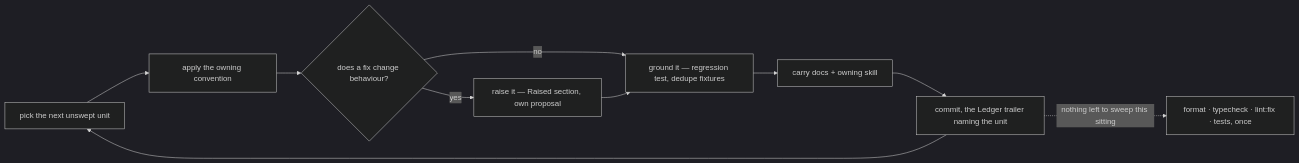
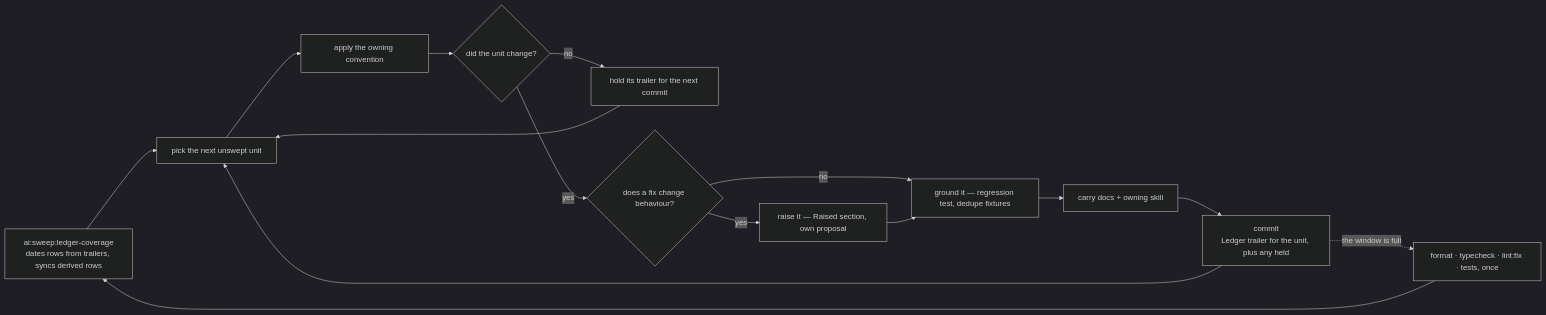
One commit to Esposter/Esposter changed the diagram in .agents/skills/sweeps/SKILL.md. Above: the diagram before and after it, drawn with Mermaid (dark theme).

Commit message:
docs(sweeps): the One pass diagram shows the trailer and coverage edges
A clean unit's trailer is held for the next commit, a commit carries the held trailers with its own, and the
coverage script opens and closes the sitting — the edges the four new Settled lines were re-deriving.

````diff
--- a/.agents/skills/sweeps/SKILL.md
+++ b/.agents/skills/sweeps/SKILL.md
@@ -44,12 +44,17 @@
 ```mermaid
 flowchart LR
-  PICK["pick the next unswept unit"] --> APPLY["apply the owning convention"]
-  APPLY --> GATE{"does a fix change behaviour?"}
+  COVER["ai:sweep:ledger-coverage<br/>dates rows from trailers, syncs derived rows"] --> PICK["pick the next unswept unit"]
+  PICK --> APPLY["apply the owning convention"]
+  APPLY --> CHANGED{"did the unit change?"}
+  CHANGED -->|"no"| HOLD["hold its trailer for the next commit"]
+  HOLD --> PICK
+  CHANGED -->|"yes"| GATE{"does a fix change behaviour?"}
   GATE -->|"yes"| RAISE["raise it — Raised section, own proposal"]
   GATE -->|"no"| TESTS["ground it — regression test, dedupe fixtures"]
   RAISE --> TESTS
   TESTS --> CARRY["carry docs + owning skill"]
-  CARRY --> TICK["commit, the Ledger trailer naming the unit"]
+  CARRY --> TICK["commit<br/>Ledger trailer for the unit, plus any held"]
   TICK --> PICK
-  TICK -.->|"nothing left to sweep this sitting"| CHECK["format · typecheck · lint:fix · tests, once"]
+  TICK -.->|"the window is full"| CHECK["format · typecheck · lint:fix · tests, once"]
+  CHECK --> COVER
 ```
````
